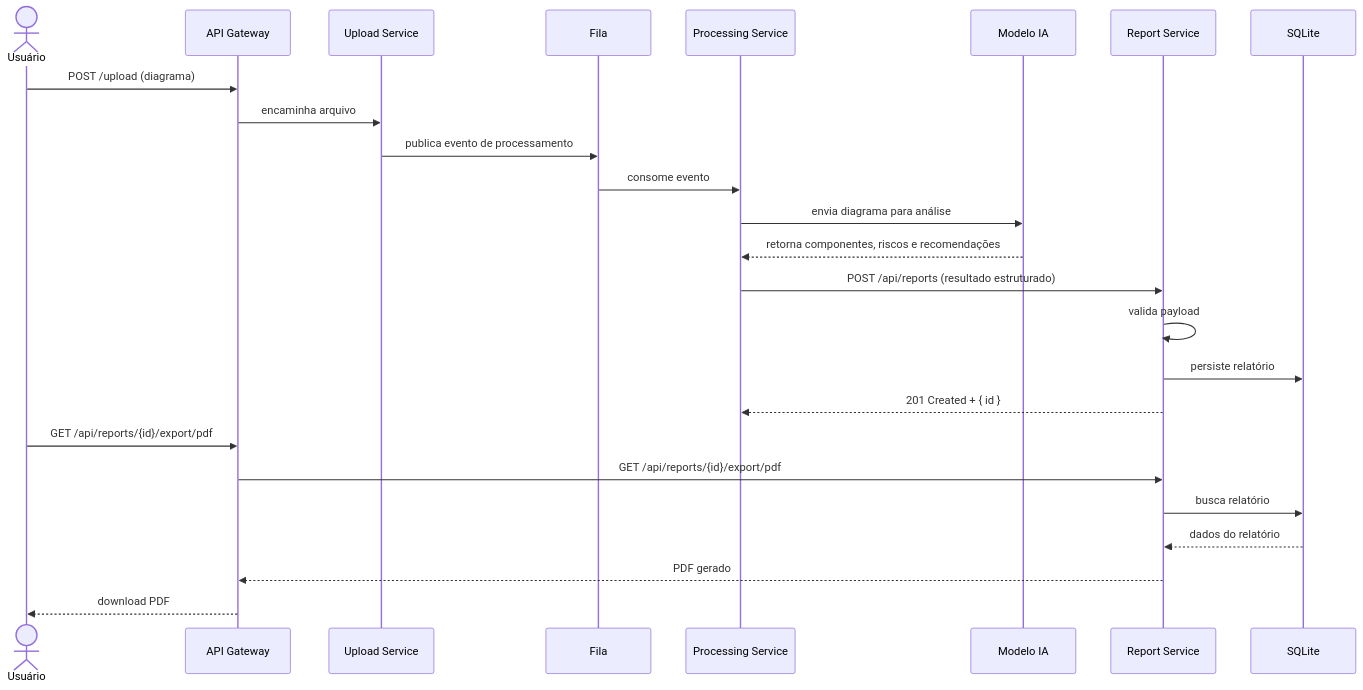
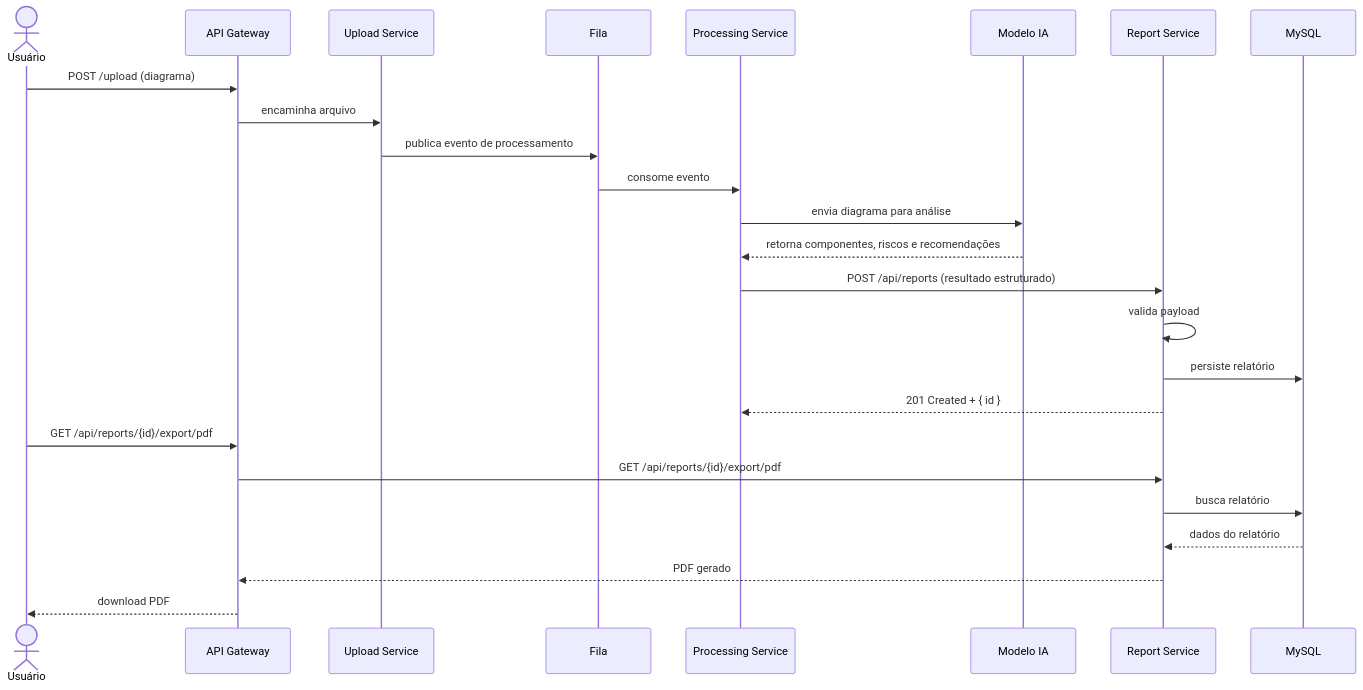
The second of 4 diagrams in docs/architecture.md (FIAP-SOAT-Net/fiap-soat-hackaton-reports), drawn with Mermaid before and after one commit. The commit also changed other lines of this file and 1 other file, not shown here.

First line of the commit message:
docs: atualizar README e diagrama para refletir migração para MySQL

````diff
--- a/docs/architecture.md
+++ b/docs/architecture.md
@@ -52,29 +52,29 @@
 ```mermaid
 sequenceDiagram
     actor User as Usuário
     participant GW as API Gateway
     participant UPL as Upload Service
     participant Q as Fila
     participant PROC as Processing Service
     participant IA as Modelo IA
     participant RS as Report Service
-    participant DB as SQLite
+    participant DB as MySQL
 
     User->>GW: POST /upload (diagrama)
     GW->>UPL: encaminha arquivo
     UPL->>Q: publica evento de processamento
     Q->>PROC: consome evento
     PROC->>IA: envia diagrama para análise
     IA-->>PROC: retorna componentes, riscos e recomendações
     PROC->>RS: POST /api/reports (resultado estruturado)
     RS->>RS: valida payload
     RS->>DB: persiste relatório
     RS-->>PROC: 201 Created + { id }
 
     User->>GW: GET /api/reports/{id}/export/pdf
     GW->>RS: GET /api/reports/{id}/export/pdf
     RS->>DB: busca relatório
     DB-->>RS: dados do relatório
     RS-->>GW: PDF gerado
     GW-->>User: download PDF
 ```
````
